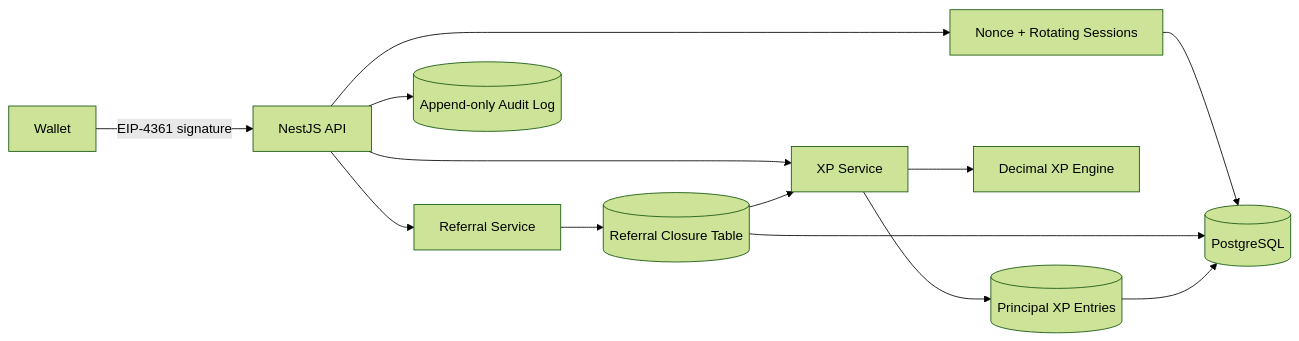
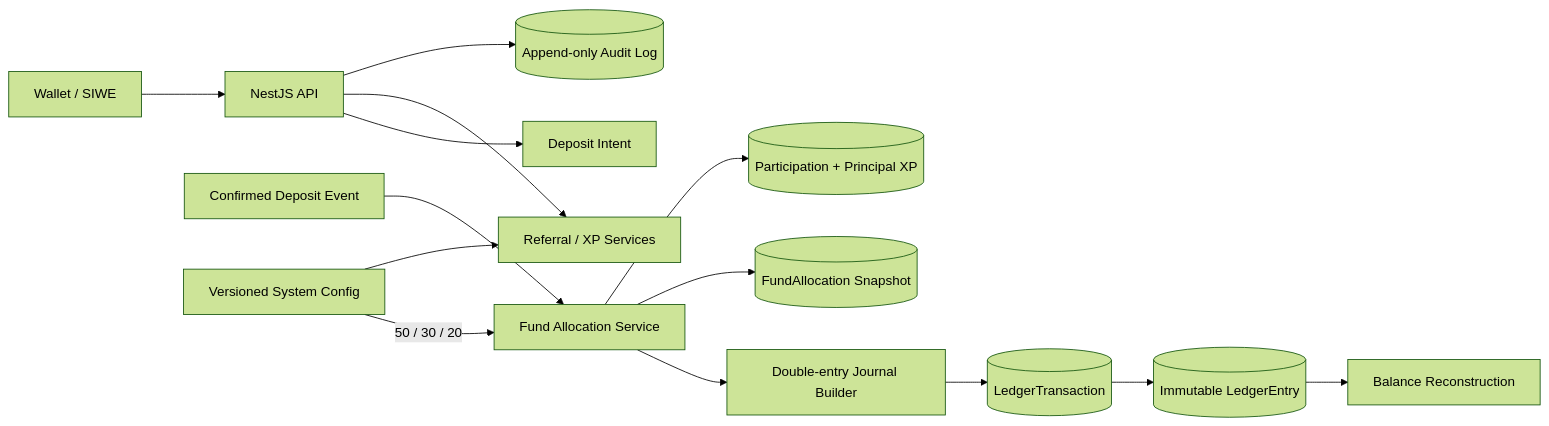
The second of 2 diagrams in docs/architecture.md (aob5518-lgtm/xgou), drawn with Mermaid (forest theme) before and after one commit. The commit also changed other lines of this file and 29 other files, not shown here.

Commit message:
feat: add phase 2A fund ledger architecture

````diff
--- a/docs/architecture.md
+++ b/docs/architecture.md
@@ -36,15 +48,16 @@
 ```mermaid
 flowchart LR
-  W[Wallet] -->|EIP-4361 signature| A[NestJS API]
-  A --> N[Nonce + Rotating Sessions]
-  A --> R[Referral Service]
-  R --> C[(Referral Closure Table)]
-  A --> X[XP Service]
-  X --> E[Decimal XP Engine]
-  C --> X
-  X --> P[(Principal XP Entries)]
-  A --> L[(Append-only Audit Log)]
-  N --> DB[(PostgreSQL)]
-  C --> DB
-  P --> DB
+  W[Wallet / SIWE] --> A[NestJS API]
+  A --> D[Deposit Intent]
+  C[Confirmed Deposit Event] --> F[Fund Allocation Service]
+  CFG[Versioned System Config] -->|50 / 30 / 20| F
+  F --> LJ[Double-entry Journal Builder]
+  LJ --> LT[(LedgerTransaction)]
+  LT --> LE[(Immutable LedgerEntry)]
+  LE --> BA[Balance Reconstruction]
+  F --> FA[(FundAllocation Snapshot)]
+  F --> P[(Participation + Principal XP)]
+  A --> R[Referral / XP Services]
+  CFG --> R
+  A --> AL[(Append-only Audit Log)]
 ```
````
